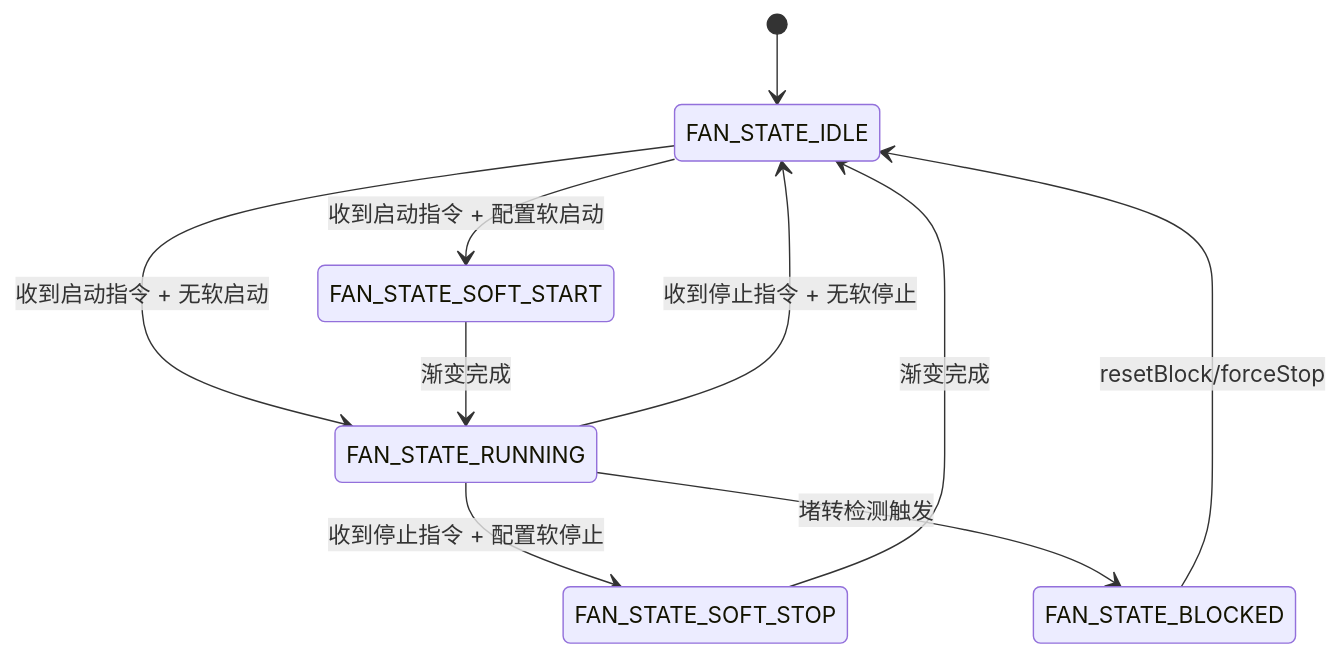
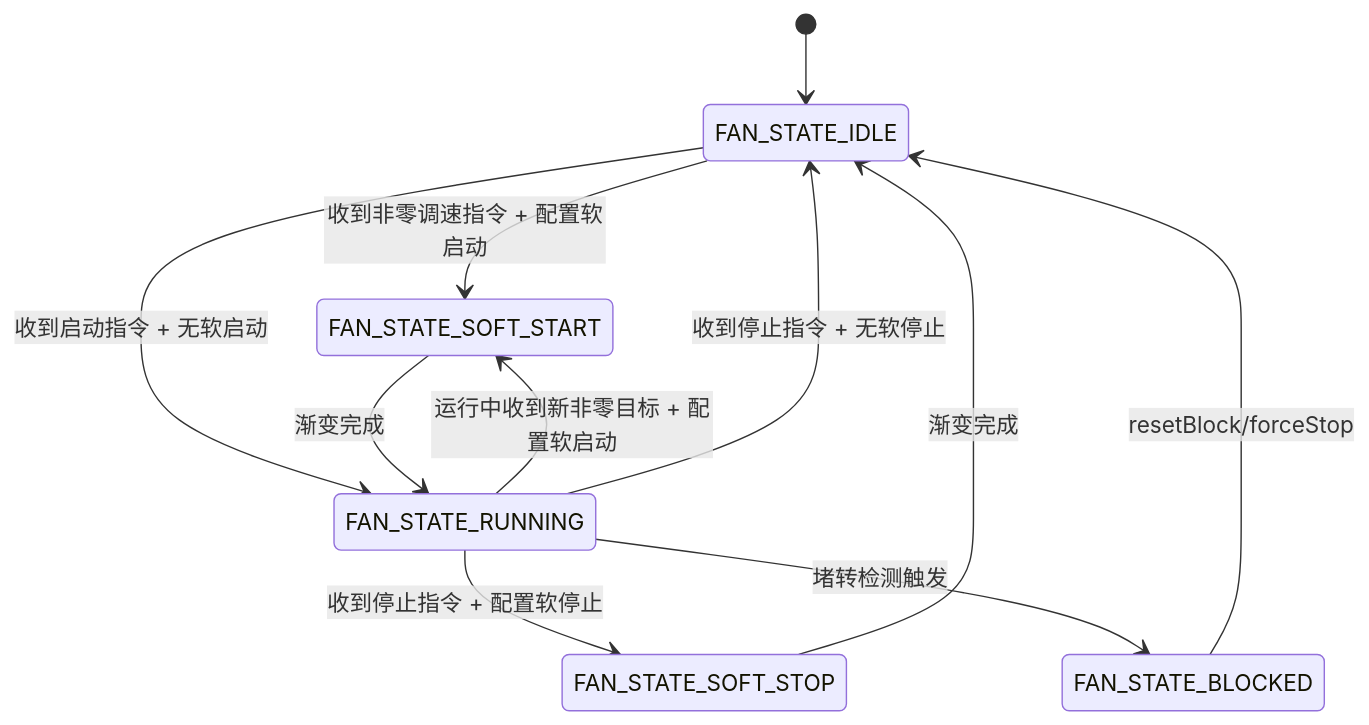
Before and after one commit to tangyangguang/ESP12F_Fan_4P: the second of 2 diagrams in docs/DOC-03_软件架构设计.md, drawn with Mermaid. The commit also changed other lines of this file and 8 other files, not shown here.

````diff
--- a/docs/DOC-03_软件架构设计.md
+++ b/docs/DOC-03_软件架构设计.md
@@ -97,12 +97,13 @@
 ```mermaid
 stateDiagram-v2
     [*] --> FAN_STATE_IDLE
-    FAN_STATE_IDLE --> FAN_STATE_SOFT_START : 收到启动指令 + 配置软启动
+    FAN_STATE_IDLE --> FAN_STATE_SOFT_START : 收到非零调速指令 + 配置软启动
     FAN_STATE_IDLE --> FAN_STATE_RUNNING : 收到启动指令 + 无软启动
     FAN_STATE_SOFT_START --> FAN_STATE_RUNNING : 渐变完成
+    FAN_STATE_RUNNING --> FAN_STATE_SOFT_START : 运行中收到新非零目标 + 配置软启动
     FAN_STATE_RUNNING --> FAN_STATE_SOFT_STOP : 收到停止指令 + 配置软停止
     FAN_STATE_RUNNING --> FAN_STATE_IDLE : 收到停止指令 + 无软停止
     FAN_STATE_SOFT_STOP --> FAN_STATE_IDLE : 渐变完成
     FAN_STATE_RUNNING --> FAN_STATE_BLOCKED : 堵转检测触发
     FAN_STATE_BLOCKED --> FAN_STATE_IDLE : resetBlock/forceStop
 ```
````
